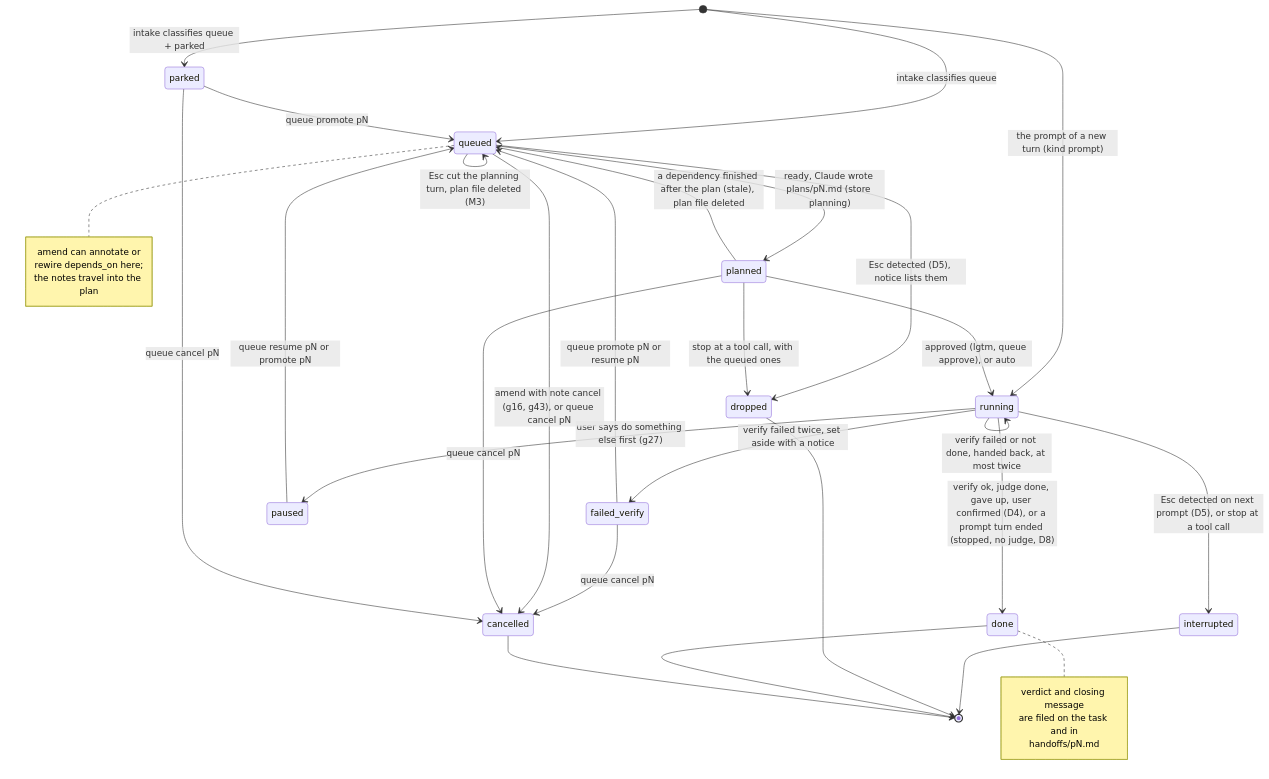
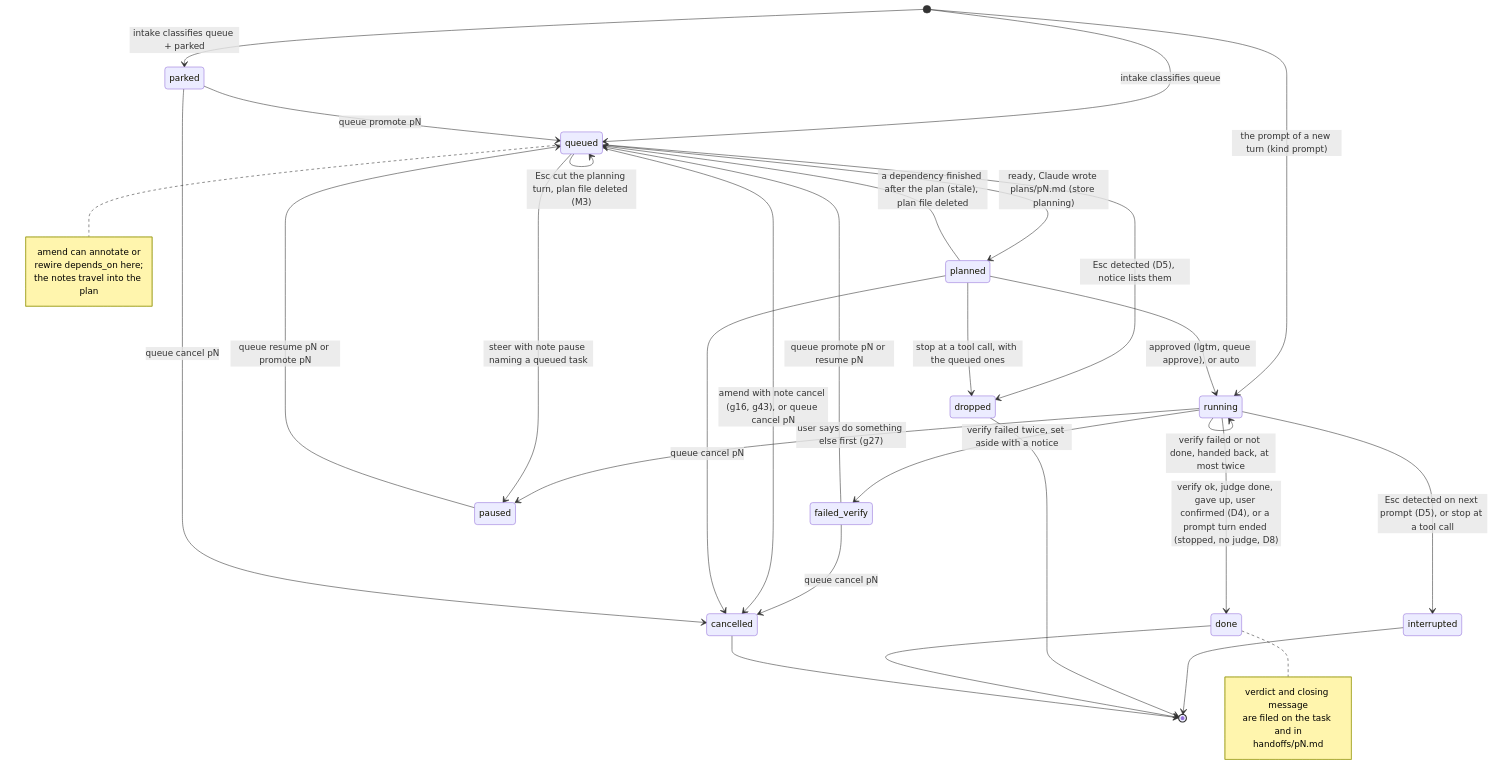
The seventh of 12 diagrams in docs/flows.md (0xEl1yahu/queue-switchclaude), drawn with Mermaid before and after one commit. The commit also changed other lines of this file and 9 other files, not shown here.

````diff
--- a/docs/flows.md
+++ b/docs/flows.md
@@ -213,40 +212,41 @@
 ```mermaid
 stateDiagram-v2
     [*] --> queued: intake classifies queue
     [*] --> parked: intake classifies queue + parked
     [*] --> running: the prompt of a new turn (kind prompt)
     parked --> queued: queue promote pN
     queued --> planned: ready, Claude wrote plans/pN.md (store planning)
     queued --> queued: ready, but no plan after two planning turns
     queued --> queued: Esc cut the planning turn, plan file deleted (M3)
     planned --> running: approved (lgtm, queue approve), or auto
     planned --> queued: a dependency finished after the plan (stale), plan file deleted
     running --> running: verify failed or not done, handed back, at most twice
     running --> done: verify ok, judge done, gave up, user confirmed (D4), or a prompt turn ended (stopped, no judge, D8)
     running --> failed_verify: verify failed twice, set aside with a notice
     failed_verify --> queued: queue promote pN or resume pN
     failed_verify --> cancelled: queue cancel pN
     running --> paused: user says do something else first (g27)
+    queued --> paused: steer with note pause naming a queued task
     paused --> queued: queue resume pN or promote pN
     running --> interrupted: Esc detected on next prompt (D5), or stop at a tool call
     queued --> dropped: Esc detected (D5), notice lists them
     planned --> dropped: stop at a tool call, with the queued ones
     interrupted --> [*]
     dropped --> [*]
     queued --> cancelled: amend with note cancel (g16, g43), or queue cancel pN
     planned --> cancelled: queue cancel pN
     parked --> cancelled: queue cancel pN
     done --> [*]
     cancelled --> [*]
 
     note right of queued
         amend can annotate or
         rewire depends_on here;
         the notes travel into the plan
     end note
     note right of done
         verdict and closing message
         are filed on the task and in
         handoffs/pN.md
     end note
 ```
````
